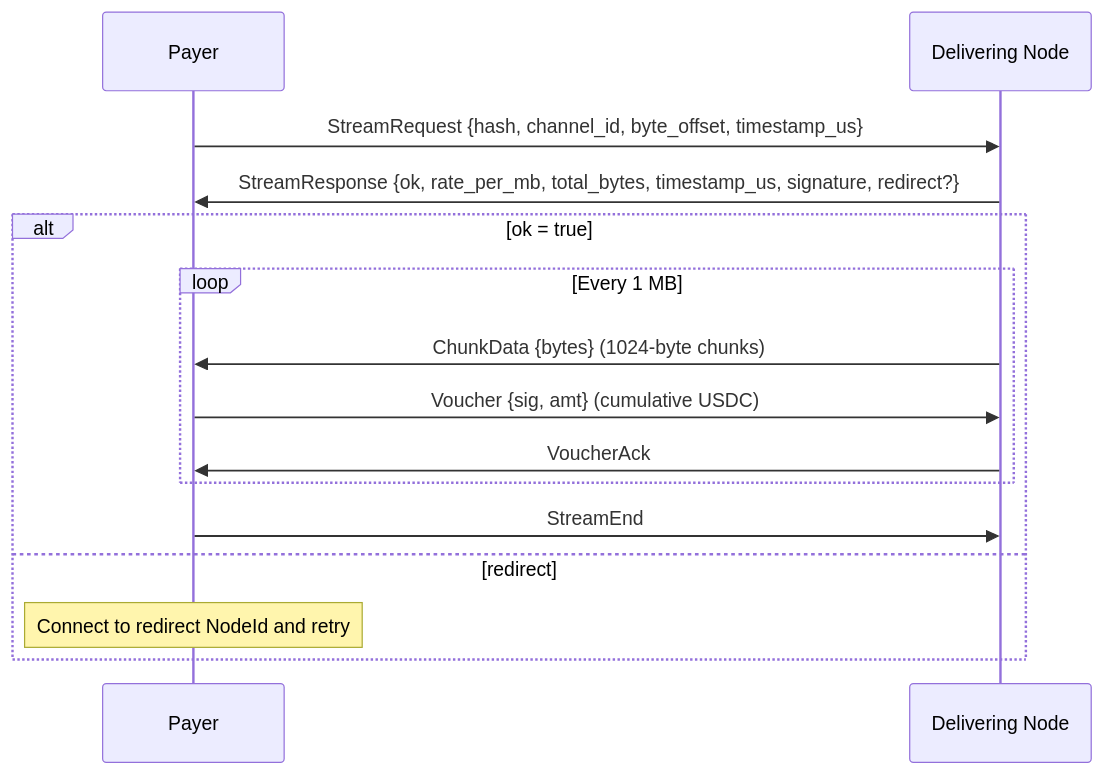
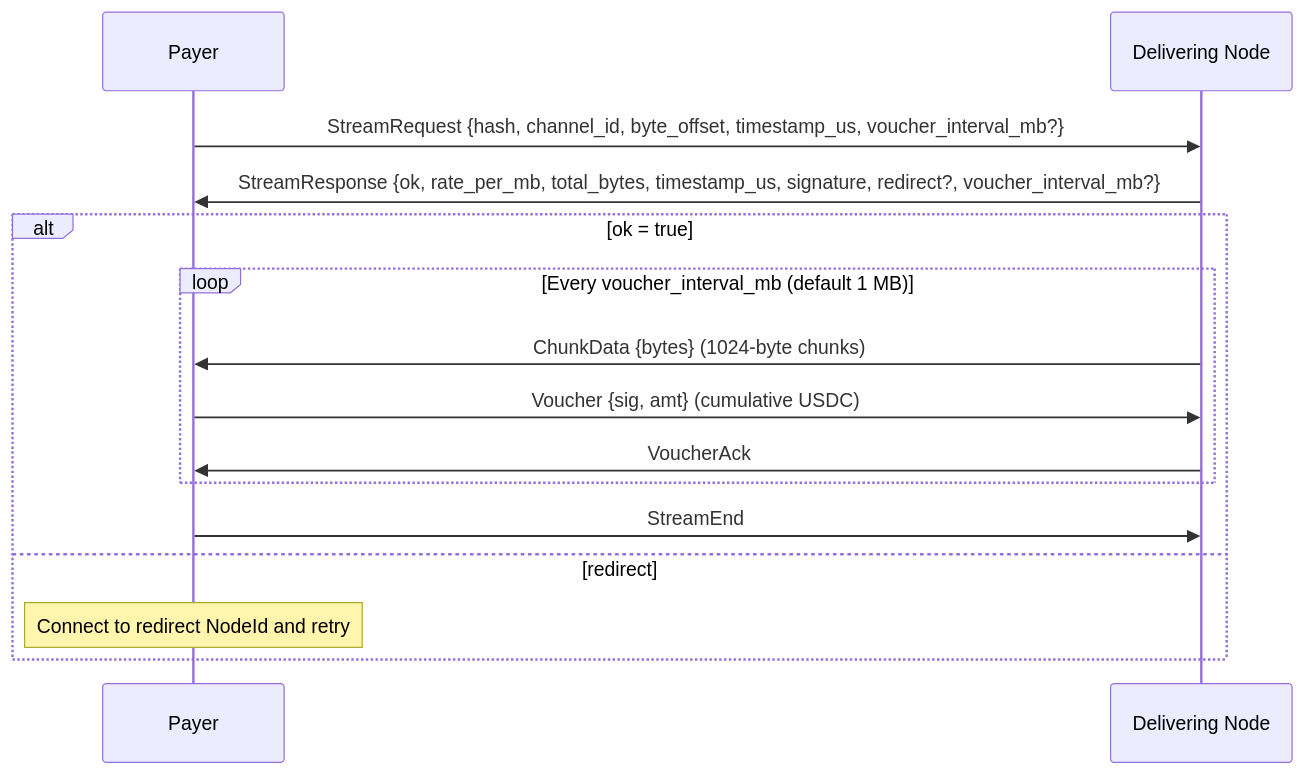
The second of 4 diagrams in adr/005-protocol.md (decdn/decdn), drawn with Mermaid before and after one commit. The commit also changed other lines of this file and 4 other files, not shown here.

````diff
--- a/adr/005-protocol.md
+++ b/adr/005-protocol.md
@@ -51,19 +51,19 @@
 ```mermaid
 sequenceDiagram
     participant P as Payer
     participant D as Delivering Node
 
-    P->>D: StreamRequest {hash, channel_id, byte_offset, timestamp_us}
-    D->>P: StreamResponse {ok, rate_per_mb, total_bytes, timestamp_us, signature, redirect?}
+    P->>D: StreamRequest {hash, channel_id, byte_offset, timestamp_us, voucher_interval_mb?}
+    D->>P: StreamResponse {ok, rate_per_mb, total_bytes, timestamp_us, signature, redirect?, voucher_interval_mb?}
 
     alt ok = true
-        loop Every 1 MB
+        loop Every voucher_interval_mb (default 1 MB)
             D->>P: ChunkData {bytes} (1024-byte chunks)
             P->>D: Voucher {sig, amt} (cumulative USDC)
             D->>P: VoucherAck
         end
         P->>D: StreamEnd
     else redirect
         Note over P: Connect to redirect NodeId and retry
     end
 ```
````
